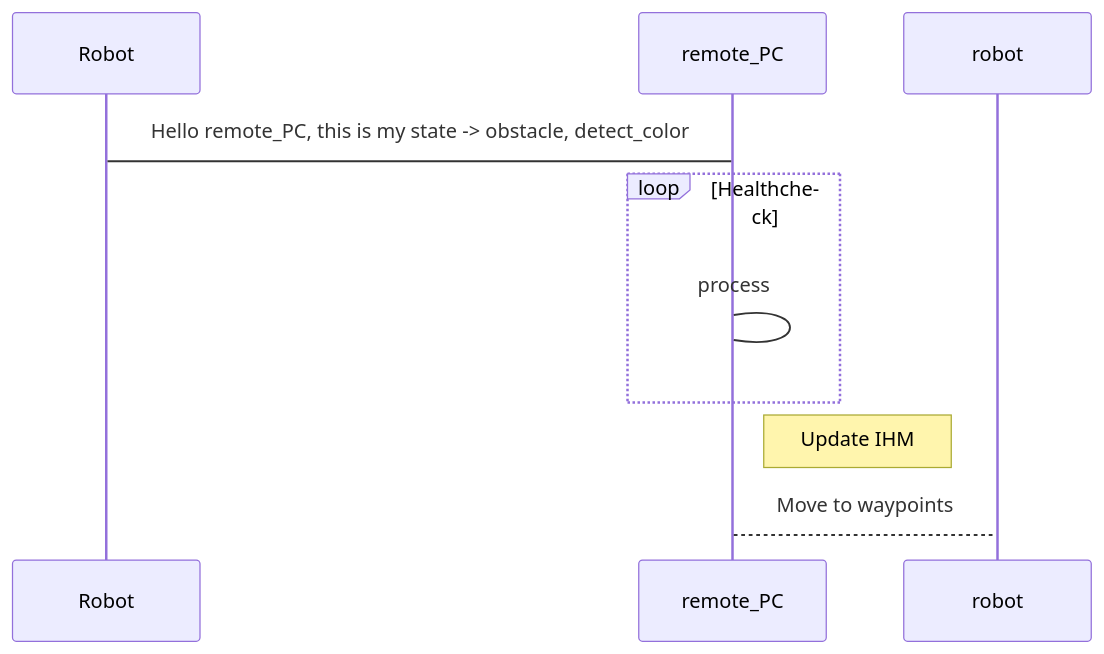
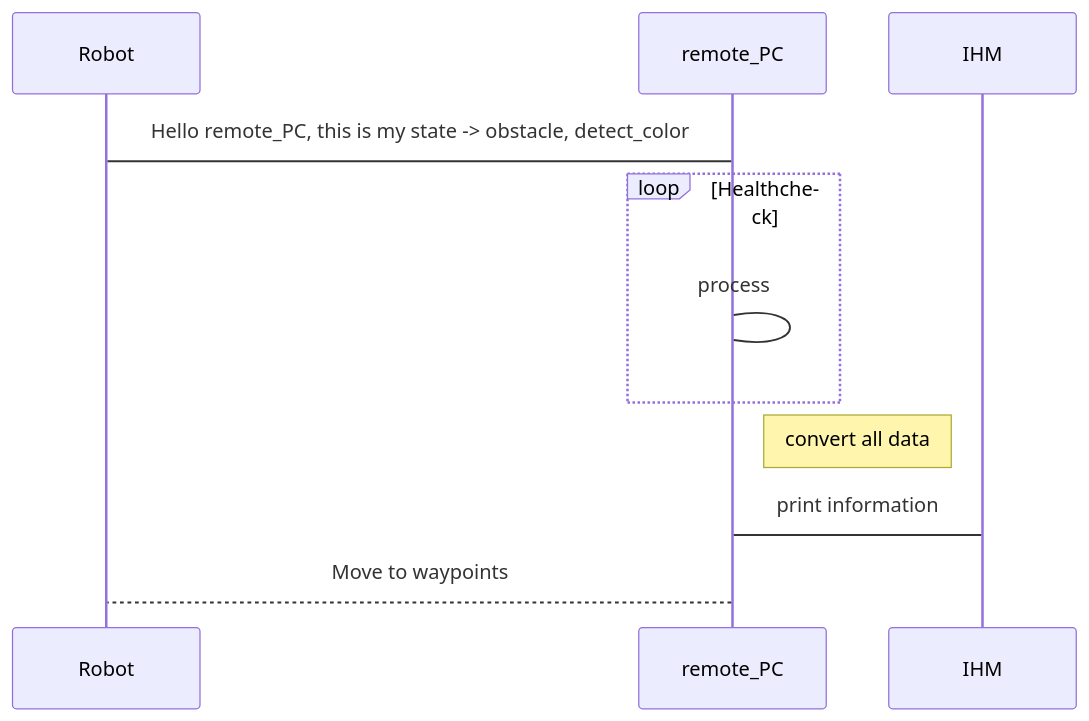
Before and after one commit to estellebriand/Projet_majeure_master_5A: the second of 2 diagrams in README.md, drawn with Mermaid.

````diff
--- a/README.md
+++ b/README.md
@@ -79,11 +79,13 @@
 ```mermaid
 sequenceDiagram
     participant Robot
     participant remote_PC
+    participant IHM
     Robot-> remote_PC: Hello remote_PC, this is my state -> obstacle, detect_color
     loop Healthcheck
         remote_PC->remote_PC: process
     end
-    Note right of remote_PC: Update IHM
-    remote_PC-->robot: Move to waypoints
+    Note right of remote_PC: convert all data
+    remote_PC->IHM: print information
+    remote_PC-->Robot: Move to waypoints
 ```
````
